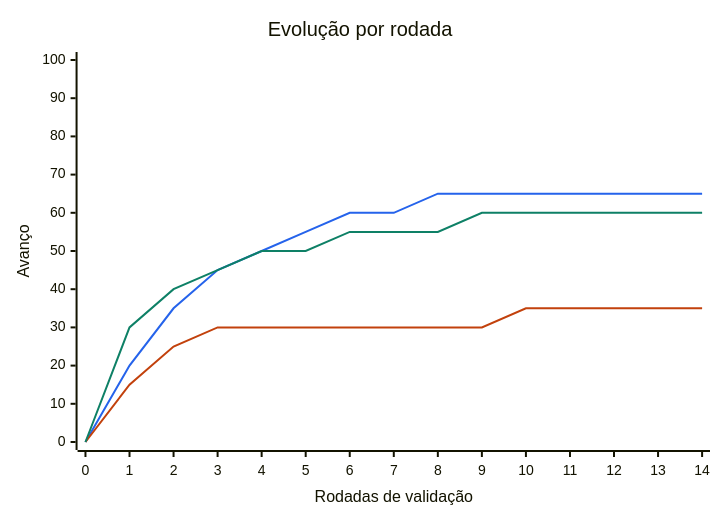
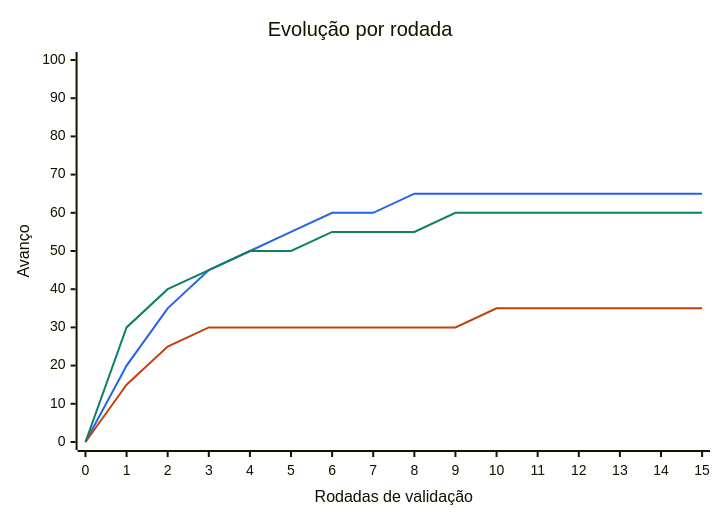
Before and after one commit to thiagozonda1989-stack/simuladorCotacao: the diagram in docs/colaboracao/ACOMPANHAMENTO.md, drawn with Mermaid. The commit also changed other lines of this file, not shown here.

Commit message:
Atualiza o painel com as iterações v1.5 e v1.6

````diff
--- a/docs/colaboracao/ACOMPANHAMENTO.md
+++ b/docs/colaboracao/ACOMPANHAMENTO.md
@@ -7,15 +7,15 @@
 ```mermaid
 ---
 config:
   themeVariables:
     xyChart:
       plotColorPalette: "#2563eb,#c2410c,#0e8066"
 ---
 xychart-beta
   title "Evolução por rodada"
-  x-axis "Rodadas de validação" [0, 1, 2, 3, 4, 5, 6, 7, 8, 9, 10, 11, 12, 13, 14]
+  x-axis "Rodadas de validação" [0, 1, 2, 3, 4, 5, 6, 7, 8, 9, 10, 11, 12, 13, 14, 15]
   y-axis "Avanço" 0 --> 100
-  line [0, 20, 35, 45, 50, 55, 60, 60, 65, 65, 65, 65, 65, 65, 65]
-  line [0, 15, 25, 30, 30, 30, 30, 30, 30, 30, 35, 35, 35, 35, 35]
-  line [0, 30, 40, 45, 50, 50, 55, 55, 55, 60, 60, 60, 60, 60, 60]
+  line [0, 20, 35, 45, 50, 55, 60, 60, 65, 65, 65, 65, 65, 65, 65, 65]
+  line [0, 15, 25, 30, 30, 30, 30, 30, 30, 30, 35, 35, 35, 35, 35, 35]
+  line [0, 30, 40, 45, 50, 50, 55, 55, 55, 60, 60, 60, 60, 60, 60, 60]
 ```
````
